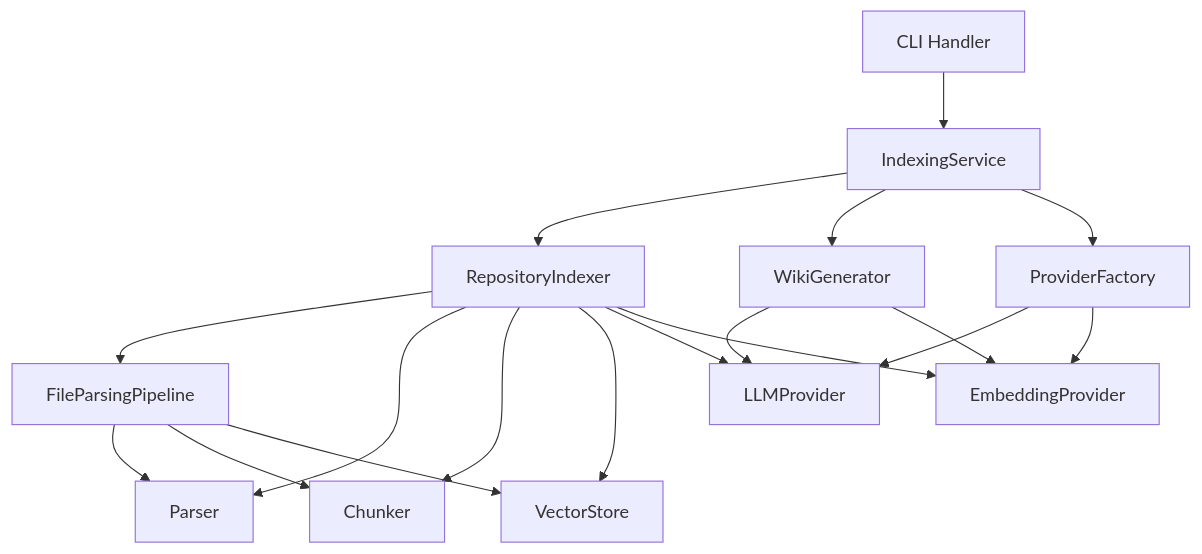
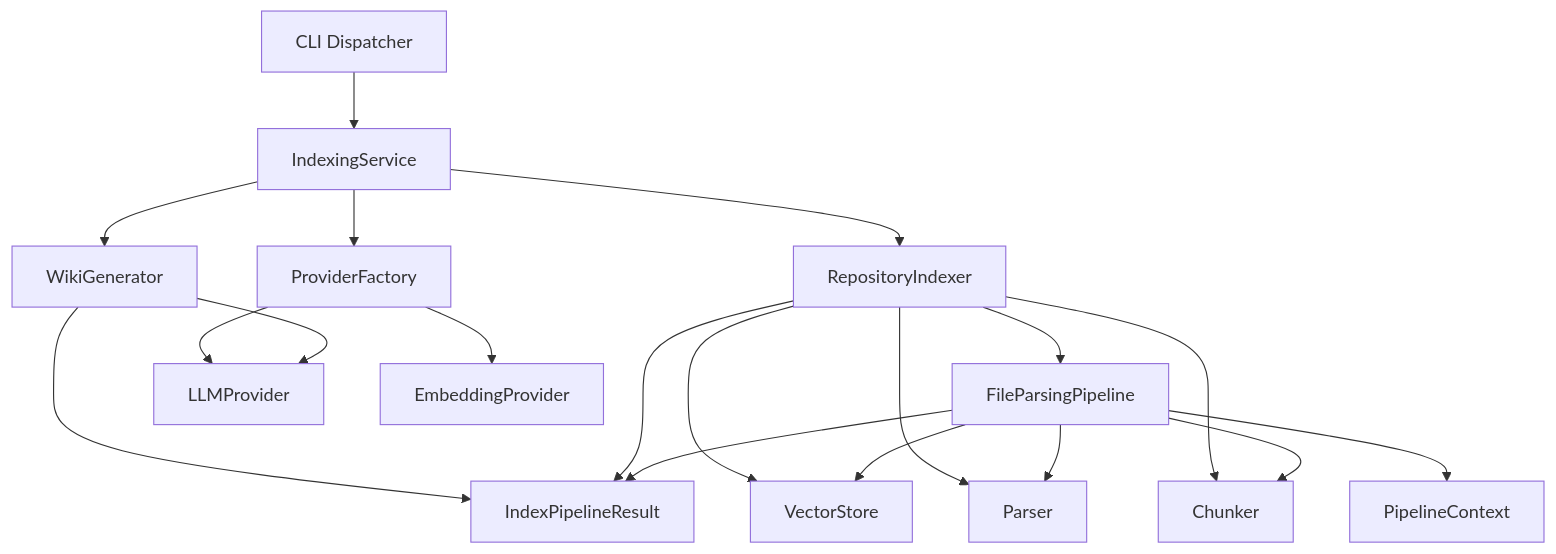
One commit to UrbanDiver/local-deepwiki-mcp changed the diagram in .deepwiki/architecture.md. Above: the diagram before and after it, drawn with Mermaid. The commit also changed other lines of this file and 61 other files, not shown here.

````diff
--- a/.deepwiki/architecture.md
+++ b/.deepwiki/architecture.md
@@ -69,20 +47,21 @@
 ```mermaid
 graph TD
-    A[CLI Handler] --> B[IndexingService]
+    A[CLI Dispatcher] --> B[IndexingService]
     B --> C[RepositoryIndexer]
-    B --> D[WikiGenerator]
-    B --> E[ProviderFactory]
+    B --> D[ProviderFactory]
+    B --> E[WikiGenerator]
     C --> F[FileParsingPipeline]
-    C --> G[Parser]
-    C --> H[Chunker]
+    C --> G[Chunker]
+    C --> H[Parser]
     C --> I[VectorStore]
+    F --> J[PipelineContext]
     F --> G
     F --> H
     F --> I
-    E --> J[LLMProvider]
-    E --> K[EmbeddingProvider]
-    D --> J
-    D --> K
-    C --> J
-    C --> K
+    D --> K[LLMProvider]
+    D --> L[EmbeddingProvider]
+    E --> K
+    E --> M[IndexPipelineResult]
+    C --> M
+    F --> M
 ```
````
